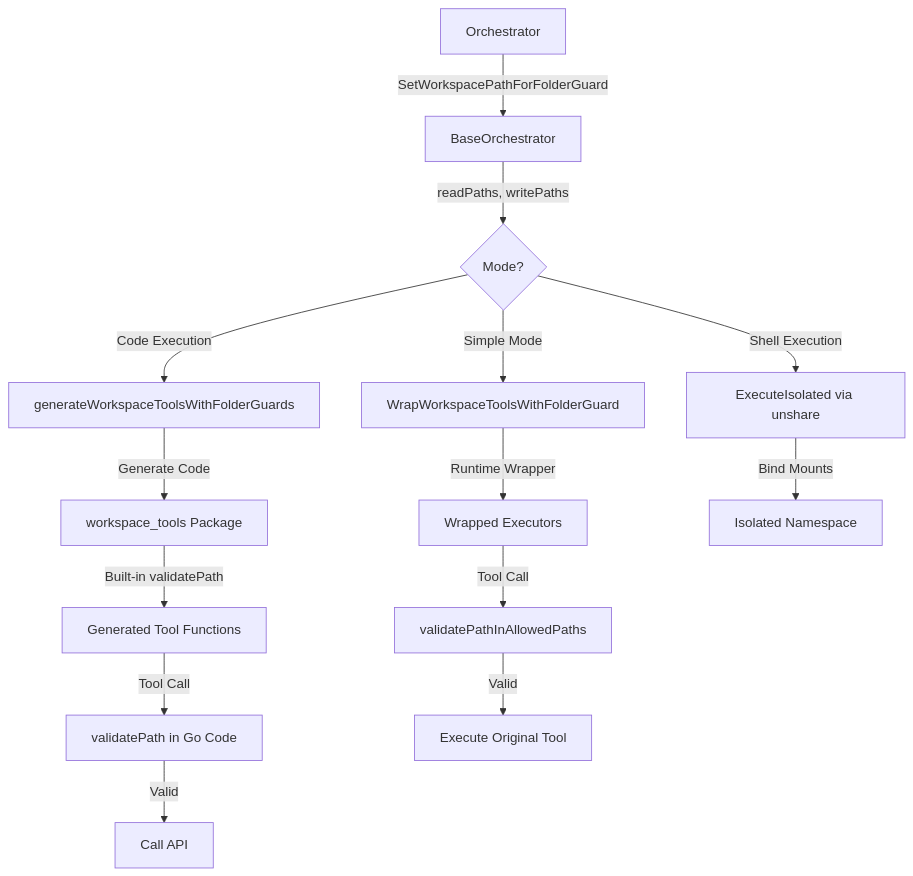
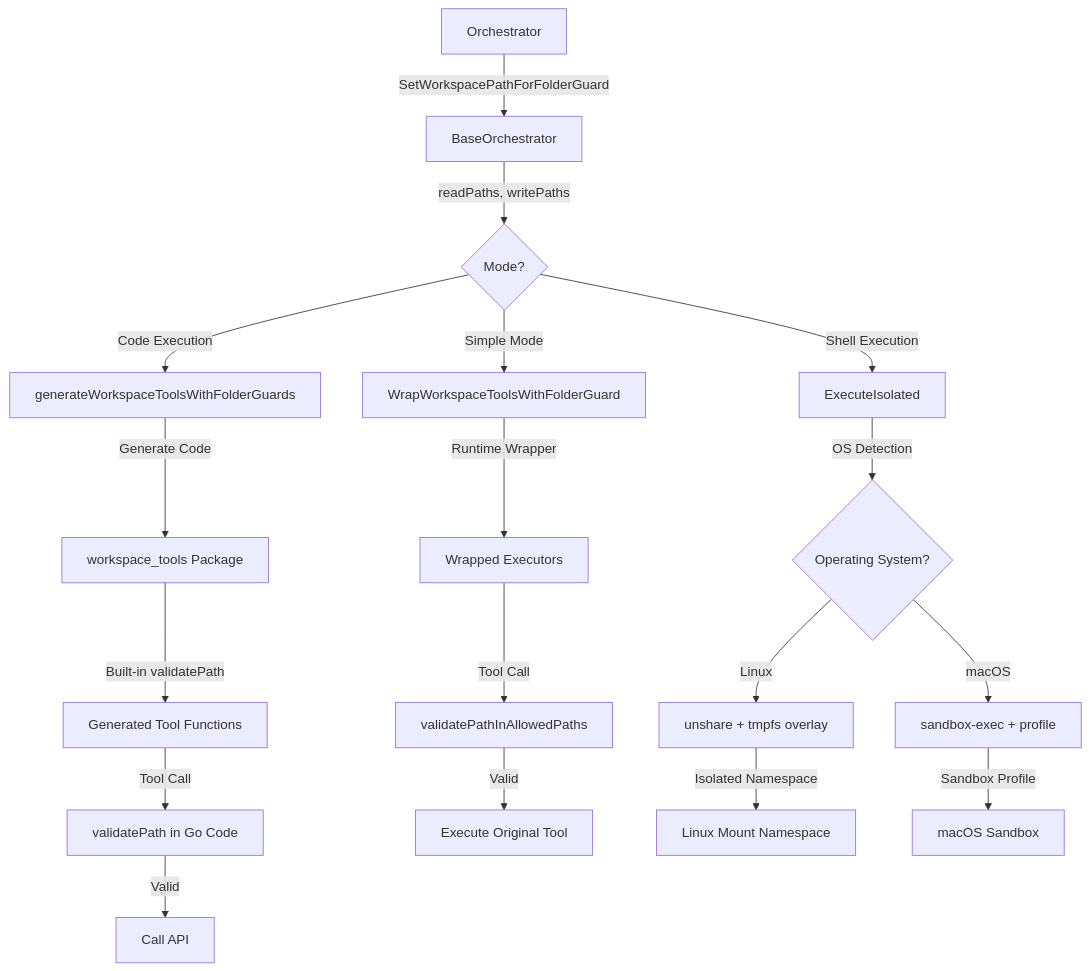
The diagram in docs/folder_guard.md (manishiitg/coding-agent-loop), drawn with Mermaid before and after one commit. The commit also changed other lines of this file and 29 other files, not shown here.

````diff
--- a/docs/folder_guard.md
+++ b/docs/folder_guard.md
@@ -60,18 +92,24 @@
 ```mermaid
 graph TD
     A[Orchestrator] -->|SetWorkspacePathForFolderGuard| B[BaseOrchestrator]
     B -->|readPaths, writePaths| C{Mode?}
     C -->|Simple Mode| D[WrapWorkspaceToolsWithFolderGuard]
     C -->|Code Execution| E[generateWorkspaceToolsWithFolderGuards]
-    C -->|Shell Execution| S[ExecuteIsolated via unshare]
-    
+    C -->|Shell Execution| S[ExecuteIsolated]
+
     D -->|Runtime Wrapper| F[Wrapped Executors]
     E -->|Generate Code| G[workspace_tools Package]
     G -->|Built-in validatePath| H[Generated Tool Functions]
-    S -->|Bind Mounts| ISO[Isolated Namespace]
-    
+    S -->|OS Detection| OS{Operating System?}
+
+    OS -->|Linux| L[unshare + tmpfs overlay]
+    OS -->|macOS| M[sandbox-exec + profile]
+
     F -->|Tool Call| I[validatePathInAllowedPaths]
     H -->|Tool Call| J[validatePath in Go Code]
     I -->|Valid| K[Execute Original Tool]
-    J -->|Valid| M[Call API]
+    J -->|Valid| N[Call API]
+
+    L -->|Isolated Namespace| ISO1[Linux Mount Namespace]
+    M -->|Sandbox Profile| ISO2[macOS Sandbox]
 ```
````
